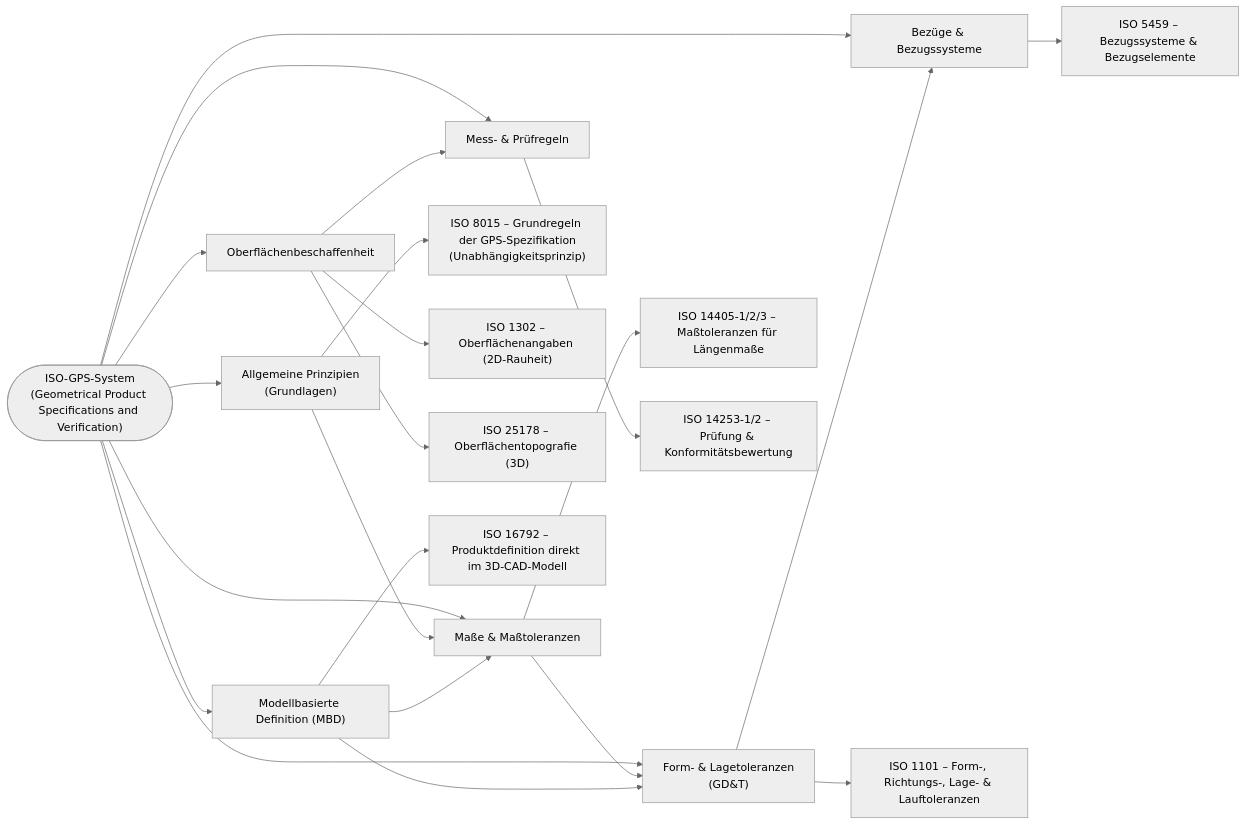
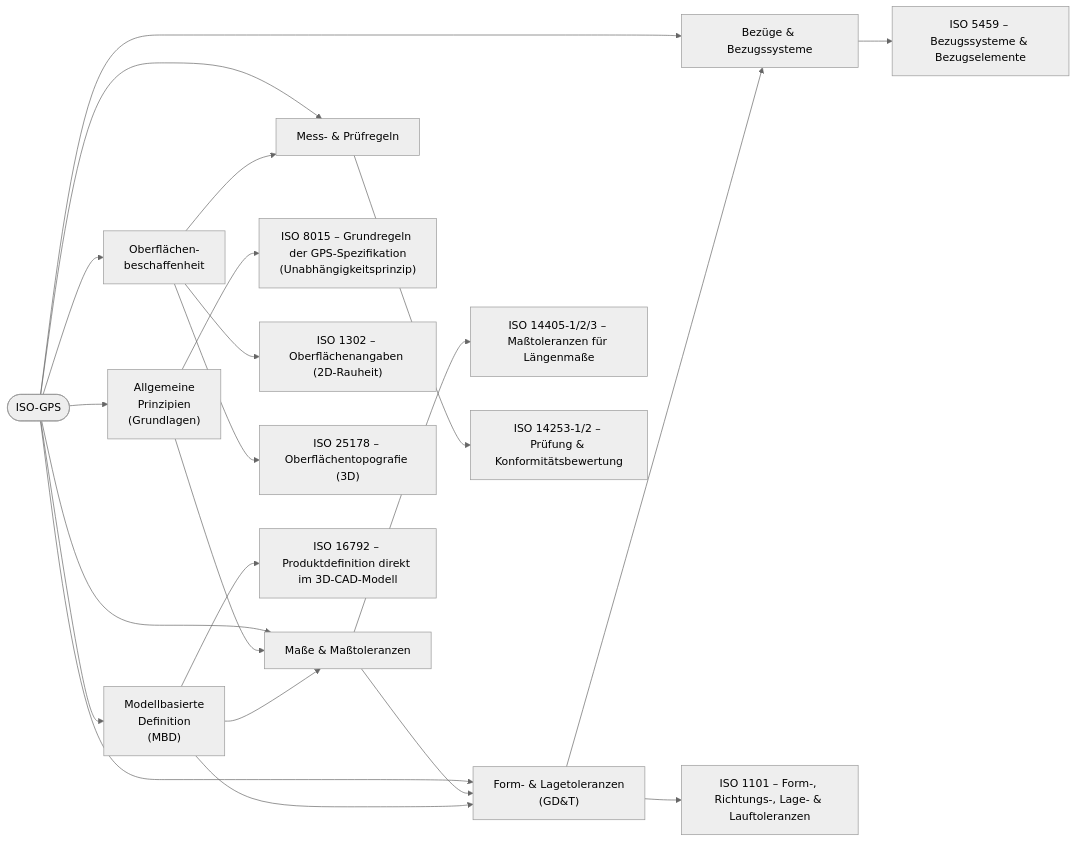
The second of 2 diagrams in Toleranzmanagement.qmd (mrossde/PE1_PE2), drawn with Mermaid before and after one commit. The commit also changed 8 other files, not shown here.

````diff
--- a/Toleranzmanagement.qmd
+++ b/Toleranzmanagement.qmd
@@ -252,39 +252,39 @@
 ```{mermaid}
 %%| label: fig-label-isogps
 %%| fig-cap: "Aufbau der Normenstruktur des ISO-GPS-Systems"
 %%{init: {'theme': 'neutral'}}%%
 flowchart LR
-    A0(["ISO-GPS-System<br>(Geometrical Product Specifications and Verification)"])
+    A0(["ISO-GPS"])
 
-    A1["Allgemeine Prinzipien<br>(Grundlagen)"]
+    A1["Allgemeine<br> Prinzipien<br>(Grundlagen)"]
     A2["Maße & Maßtoleranzen"]
     A3["Form- & Lagetoleranzen<br>(GD&T)"]
     A4["Bezüge & Bezugssysteme"]
-    A5["Oberflächenbeschaffenheit"]
+    A5["Oberflächen-<br>beschaffenheit"]
     A6["Mess- & Prüfregeln"]
-    A7["Modellbasierte Definition (MBD)"]
+    A7["Modellbasierte<br> Definition<br> (MBD)"]
 
     A1a["ISO 8015 – Grundregeln der GPS-Spezifikation<br>(Unabhängigkeitsprinzip)"]
     A2a["ISO 14405-1/2/3 – Maßtoleranzen für Längenmaße"]
     A3a["ISO 1101 – Form-, Richtungs-, Lage- & Lauftoleranzen"]
     A4a["ISO 5459 – Bezugssysteme & Bezugselemente"]
     A5a["ISO 1302 – Oberflächenangaben (2D-Rauheit)"]
     A5b["ISO 25178 – Oberflächentopografie (3D)"]
     A6a["ISO 14253-1/2 – Prüfung & Konformitätsbewertung"]
     A7a["ISO 16792 – Produktdefinition direkt im 3D-CAD-Modell"]
 
     A0 --> A1 --> A1a
     A0 --> A2 --> A2a
     A0 --> A3 --> A3a
     A0 --> A4 --> A4a
     A0 --> A5 --> A5a & A5b
     A0 --> A6 --> A6a
     A0 --> A7 --> A7a
 
     A3 --> A4
     A2 --> A3
     A1 --> A2
     A5 --> A6
     A7 --> A2
     A7 --> A3
 ```
````
